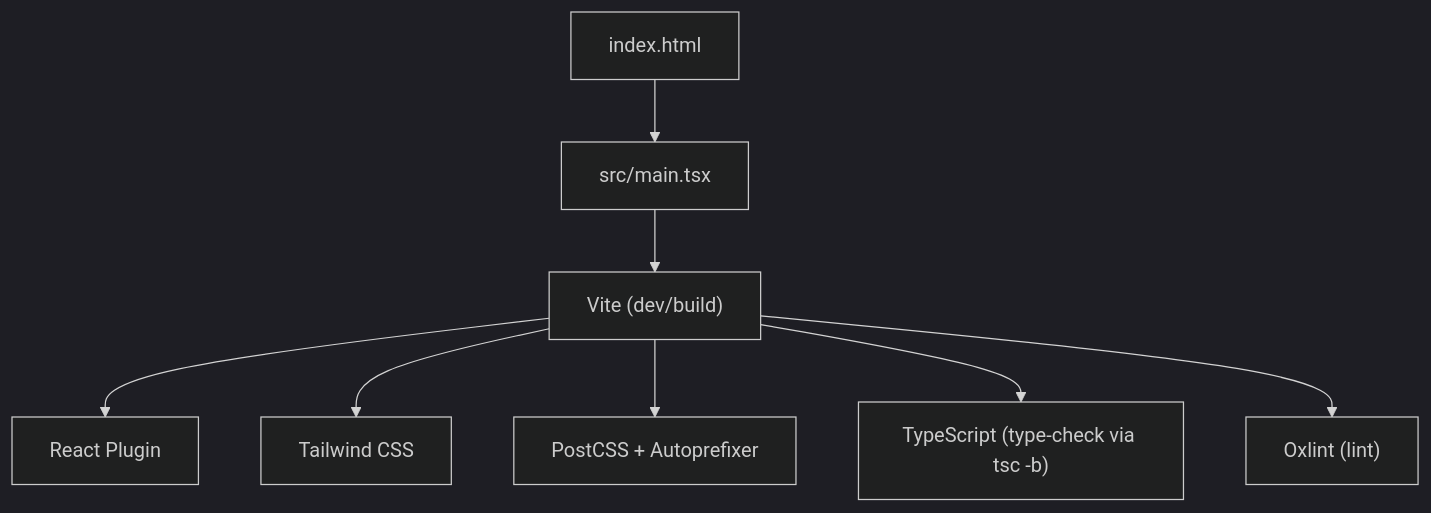
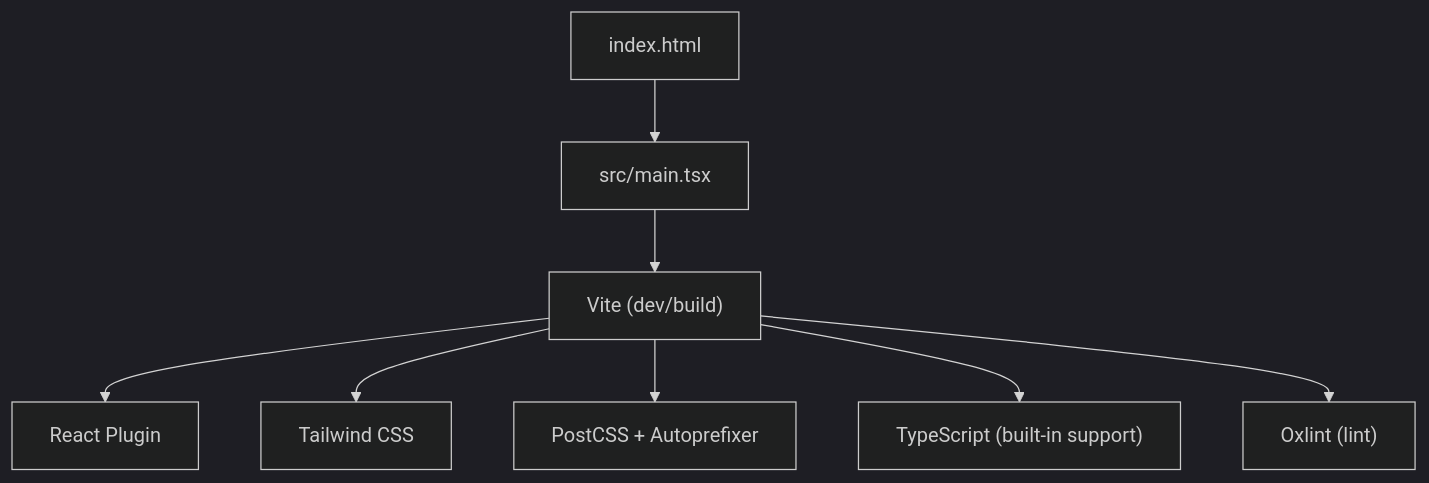
Before and after one commit to MudassarAbrar/FreshRoute-Ai: the first of 9 diagrams in .qoder/repowiki/en/content/Configuration & Build System/Configuration & Build System.md, drawn with Mermaid (dark theme). The commit also changed other lines of this file and 10 other files, not shown here.

````diff
--- a/.qoder/repowiki/en/content/Configuration & Build System/Configuration & Build System.md
+++ b/.qoder/repowiki/en/content/Configuration & Build System/Configuration & Build System.md
@@ -36,10 +45,10 @@
 ```mermaid
 graph TB
 A["index.html"] --> B["src/main.tsx"]
 B --> C["Vite (dev/build)"]
 C --> D["React Plugin"]
 C --> E["Tailwind CSS"]
 C --> F["PostCSS + Autoprefixer"]
-C --> G["TypeScript (type-check via tsc -b)"]
+C --> G["TypeScript (built-in support)"]
 C --> H["Oxlint (lint)"]
 ```
````
